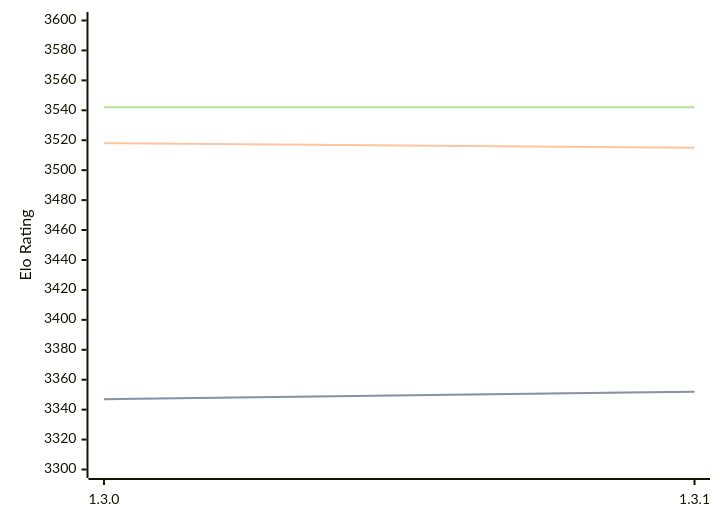
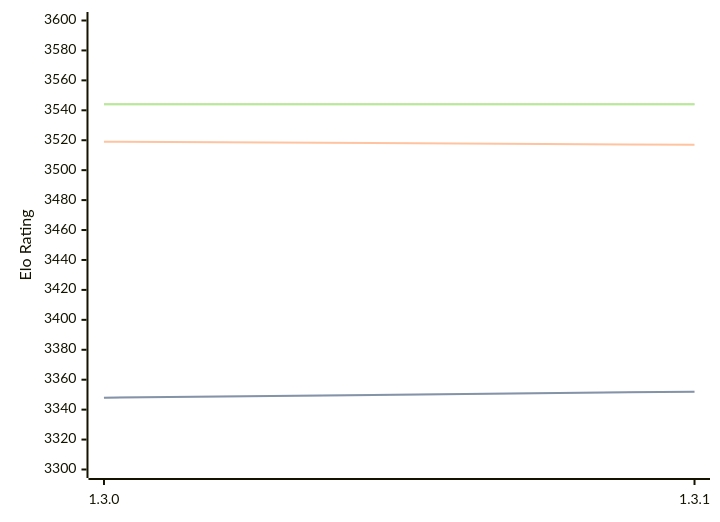
Before and after one commit to computer-chess-index/cci: the diagram in engines/Renegade.md, drawn with Mermaid. The commit also changed other lines of this file, not shown here.

Commit message:
Update CCI Ratings (ELO VLTC) - 2026-09-14

````diff
--- a/engines/Renegade.md
+++ b/engines/Renegade.md
@@ -33,11 +33,11 @@
 ```mermaid
 %%{init: {"theme":"base","themeVariables":{"seriesColors:['#a3a3a3','#222221','#faa371']}}}%%
 xychart-beta
   x-axis ["1.3.0", "1.3.1"]
   y-axis "Elo Rating" 3300 --> 3600
-  line "" [3347, 3352]
-  line "STC (8.0+0.08s)" [3347, 3352]
-  line "LTC (60.0+0.60s)" [3518, 3515]
-  line "" [3542, 3542]
-  line "VLTC (2m24s+1.12s)" [3542, 3542]
+  line "" [3348, 3352]
+  line "STC (8.0+0.08s)" [3348, 3352]
+  line "LTC (60.0+0.60s)" [3519, 3517]
+  line "" [3544, 3544]
+  line "VLTC (2m24s+1.12s)" [3544, 3544]
 ```
````
